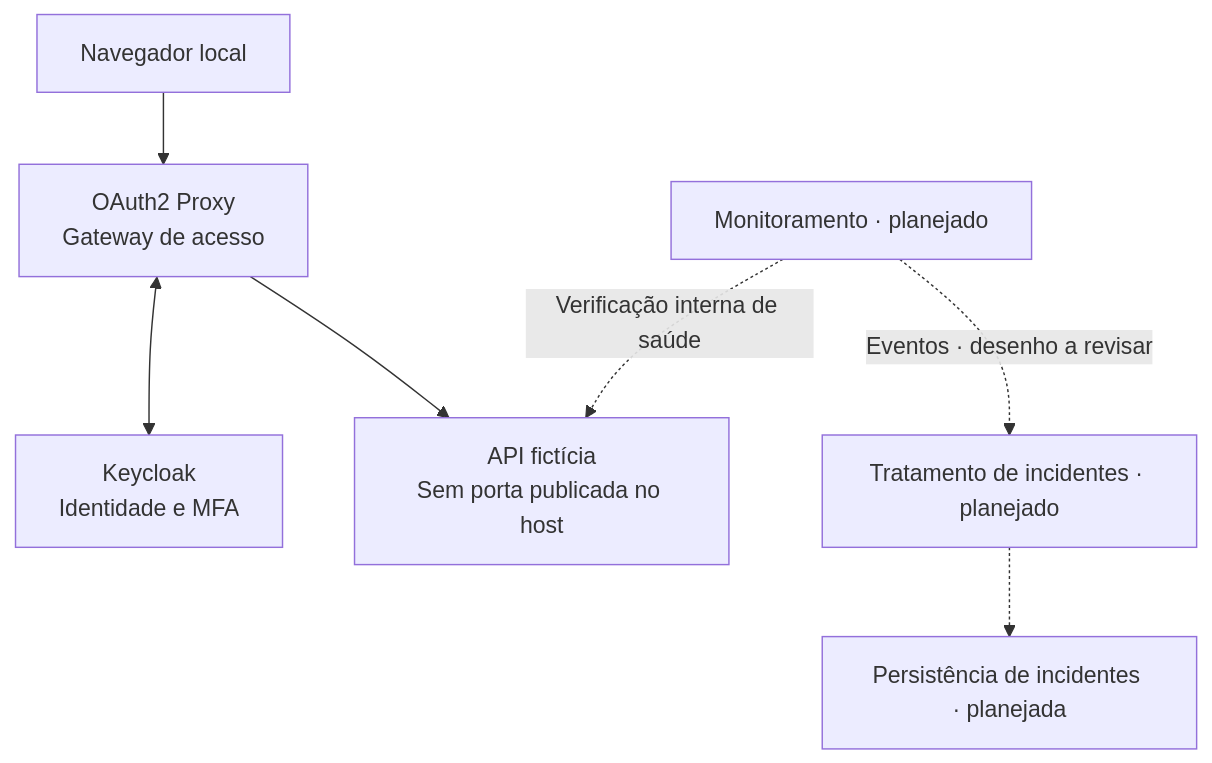
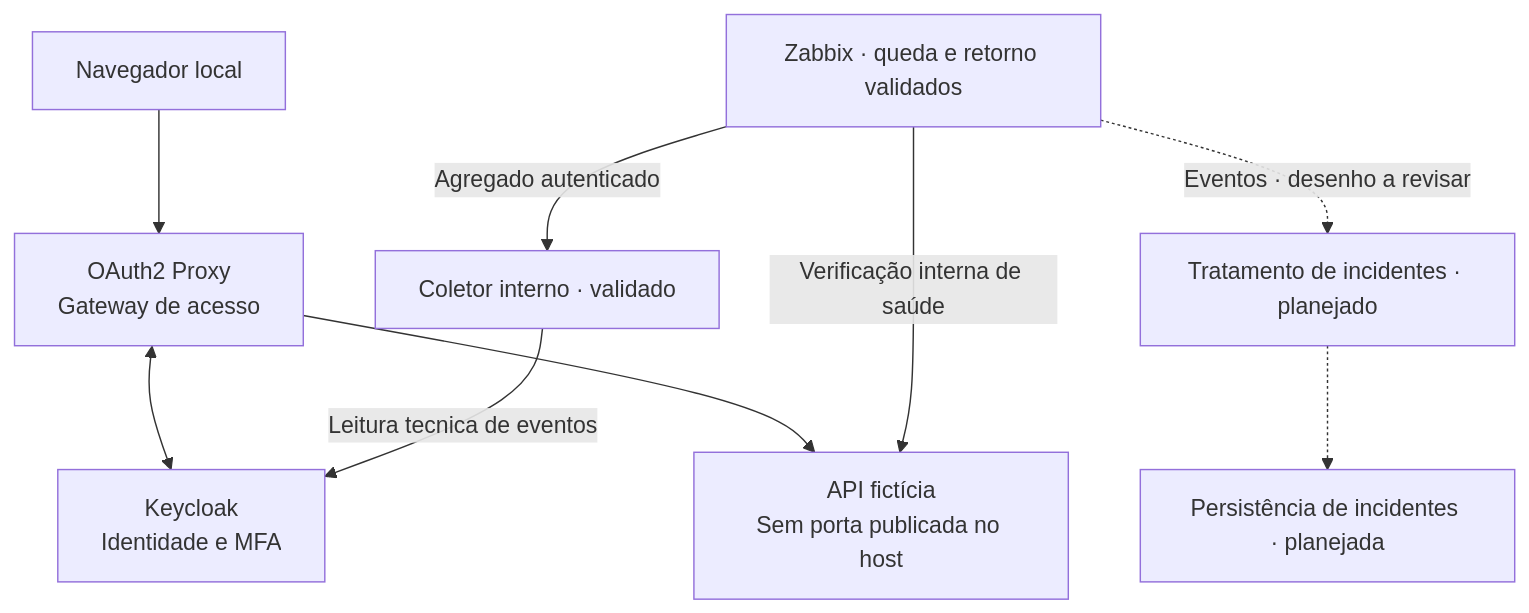
Before and after one commit to analiceleite/secure_ops_lab: the diagram in README.md, drawn with Mermaid. The commit also changed other lines of this file and 51 other files, not shown here.

Commit message:
feat: concluir monitoramento de disponibilidade e seguranca com Zabbix

````diff
--- a/README.md
+++ b/README.md
@@ -40,9 +40,11 @@
 ```mermaid
 flowchart TD
     browser[Navegador local] --> gateway[OAuth2 Proxy\nGateway de acesso]
     gateway <--> identity[Keycloak\nIdentidade e MFA]
     gateway --> api[API fictícia\nSem porta publicada no host]
-    monitor[Monitoramento · planejado] -.->|Verificação interna de saúde| api
+    monitor[Zabbix · queda e retorno validados] -->|Verificação interna de saúde| api
+    monitor -->|Agregado autenticado| collector[Coletor interno · validado]
+    collector -->|Leitura tecnica de eventos| identity
     monitor -.->|Eventos · desenho a revisar| automation[Tratamento de incidentes · planejado]
     automation -.-> incidents[Persistência de incidentes · planejada]
 ```
````
